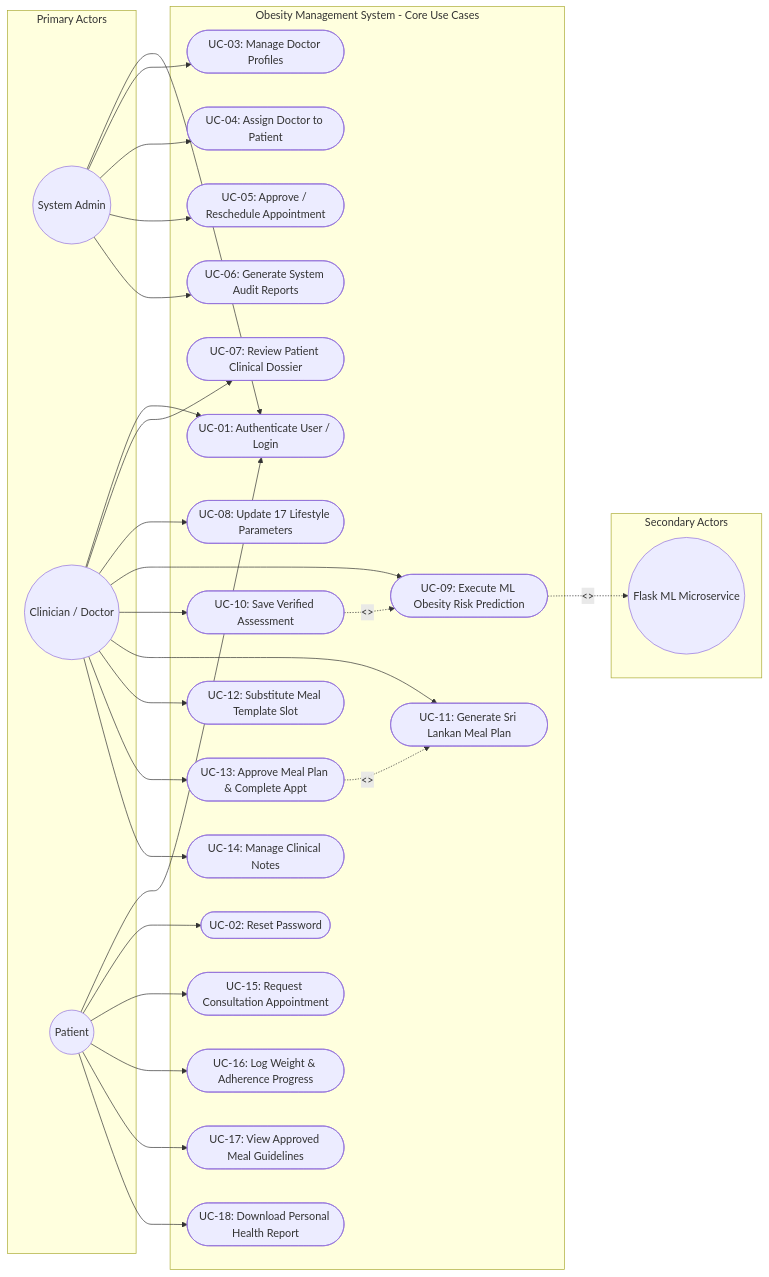
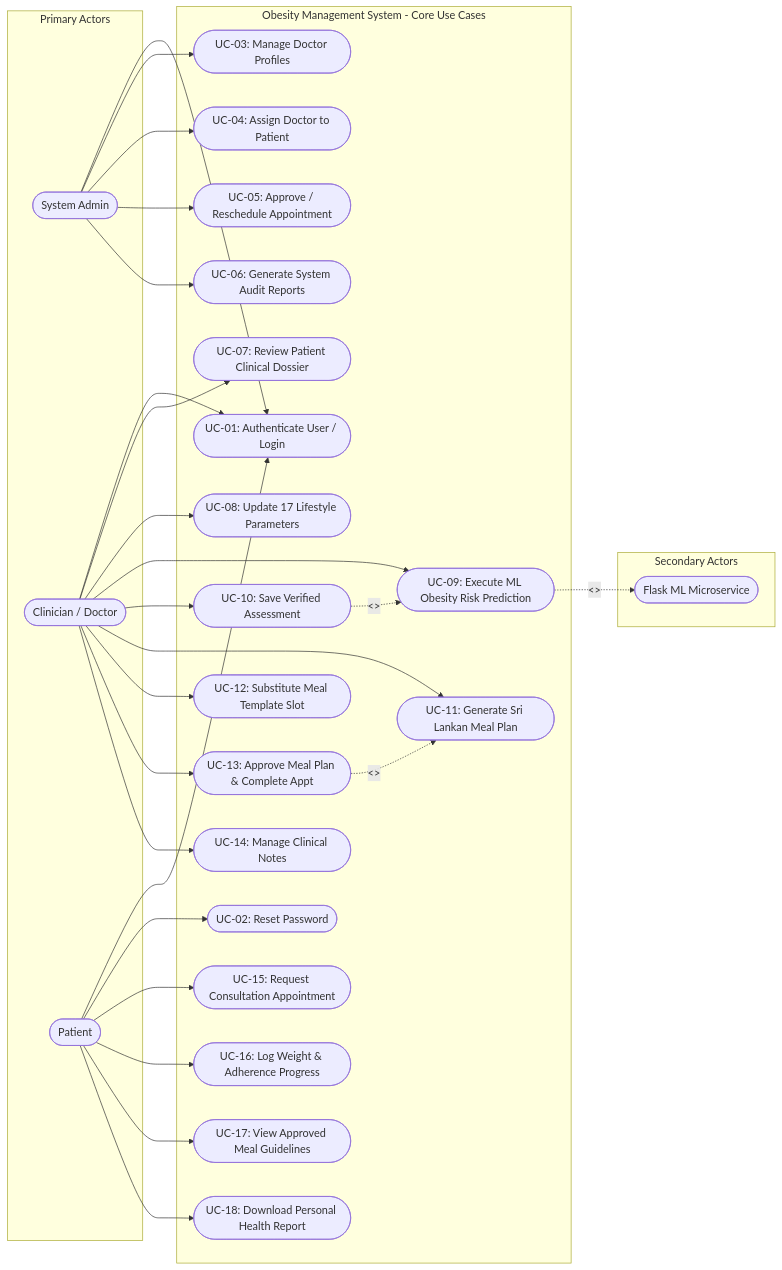
The third of 11 diagrams in README.md (Kavindu1998knw/obesity-management), drawn with Mermaid before and after one commit. The commit also changed other lines of this file, not shown here.

Commit message:
fix(docs): resolve Mermaid syntax parse error in flowchart and use case diagram

````diff
--- a/README.md
+++ b/README.md
@@ -229,63 +229,63 @@
 ```mermaid
 graph LR
     subgraph Primary_Actors [Primary Actors]
-        Admin((System Admin))
-        Doctor((Clinician / Doctor))
-        Patient((Patient))
+        Admin(["System Admin"])
+        Doctor(["Clinician / Doctor"])
+        Patient(["Patient"])
     end
 
     subgraph System_Boundary [Obesity Management System - Core Use Cases]
-        UC_Auth([UC-01: Authenticate User / Login])
-        UC_Reset([UC-02: Reset Password])
+        UC_Auth(["UC-01: Authenticate User / Login"])
+        UC_Reset(["UC-02: Reset Password"])
         
-        UC_DocMgmt([UC-03: Manage Doctor Profiles])
-        UC_PatAssign([UC-04: Assign Doctor to Patient])
-        UC_ApptApprove([UC-05: Approve / Reschedule Appointment])
-        UC_SysReports([UC-06: Generate System Audit Reports])
+        UC_DocMgmt(["UC-03: Manage Doctor Profiles"])
+        UC_PatAssign(["UC-04: Assign Doctor to Patient"])
+        UC_ApptApprove(["UC-05: Approve / Reschedule Appointment"])
+        UC_SysReports(["UC-06: Generate System Audit Reports"])
         
-        UC_ViewDossier([UC-07: Review Patient Clinical Dossier])
-        UC_UpdateHealth([UC-08: Update 17 Lifestyle Parameters])
-        UC_MLPredict([UC-09: Execute ML Obesity Risk Prediction])
-        UC_SaveAssess([UC-10: Save Verified Assessment])
-        UC_GenMeal([UC-11: Generate Sri Lankan Meal Plan])
-        UC_SubMeal([UC-12: Substitute Meal Template Slot])
-        UC_ApproveMeal([UC-13: Approve Meal Plan & Complete Appt])
-        UC_DocNotes([UC-14: Manage Clinical Notes])
+        UC_ViewDossier(["UC-07: Review Patient Clinical Dossier"])
+        UC_UpdateHealth(["UC-08: Update 17 Lifestyle Parameters"])
+        UC_MLPredict(["UC-09: Execute ML Obesity Risk Prediction"])
+        UC_SaveAssess(["UC-10: Save Verified Assessment"])
+        UC_GenMeal(["UC-11: Generate Sri Lankan Meal Plan"])
+        UC_SubMeal(["UC-12: Substitute Meal Template Slot"])
+        UC_ApproveMeal(["UC-13: Approve Meal Plan & Complete Appt"])
+        UC_DocNotes(["UC-14: Manage Clinical Notes"])
         
-        UC_BookAppt([UC-15: Request Consultation Appointment])
-        UC_TrackProg([UC-16: Log Weight & Adherence Progress])
-        UC_ViewMeal([UC-17: View Approved Meal Guidelines])
-        UC_PatReport([UC-18: Download Personal Health Report])
+        UC_BookAppt(["UC-15: Request Consultation Appointment"])
+        UC_TrackProg(["UC-16: Log Weight & Adherence Progress"])
+        UC_ViewMeal(["UC-17: View Approved Meal Guidelines"])
+        UC_PatReport(["UC-18: Download Personal Health Report"])
     end
 
     subgraph Secondary_Actors [Secondary Actors]
-        ML_Service((Flask ML Microservice))
+        ML_Service(["Flask ML Microservice"])
     end
 
     Admin --> UC_Auth
     Admin --> UC_DocMgmt
     Admin --> UC_PatAssign
     Admin --> UC_ApptApprove
     Admin --> UC_SysReports
 
     Doctor --> UC_Auth
     Doctor --> UC_ViewDossier
     Doctor --> UC_UpdateHealth
     Doctor --> UC_MLPredict
     Doctor --> UC_SaveAssess
     Doctor --> UC_GenMeal
     Doctor --> UC_SubMeal
     Doctor --> UC_ApproveMeal
     Doctor --> UC_DocNotes
 
     Patient --> UC_Auth
     Patient --> UC_Reset
     Patient --> UC_BookAppt
     Patient --> UC_TrackProg
     Patient --> UC_ViewMeal
     Patient --> UC_PatReport
 
     UC_MLPredict -.->|<<invokes>>| ML_Service
     UC_SaveAssess -.->|<<extends>>| UC_MLPredict
     UC_ApproveMeal -.->|<<includes>>| UC_GenMeal
 ```
````
